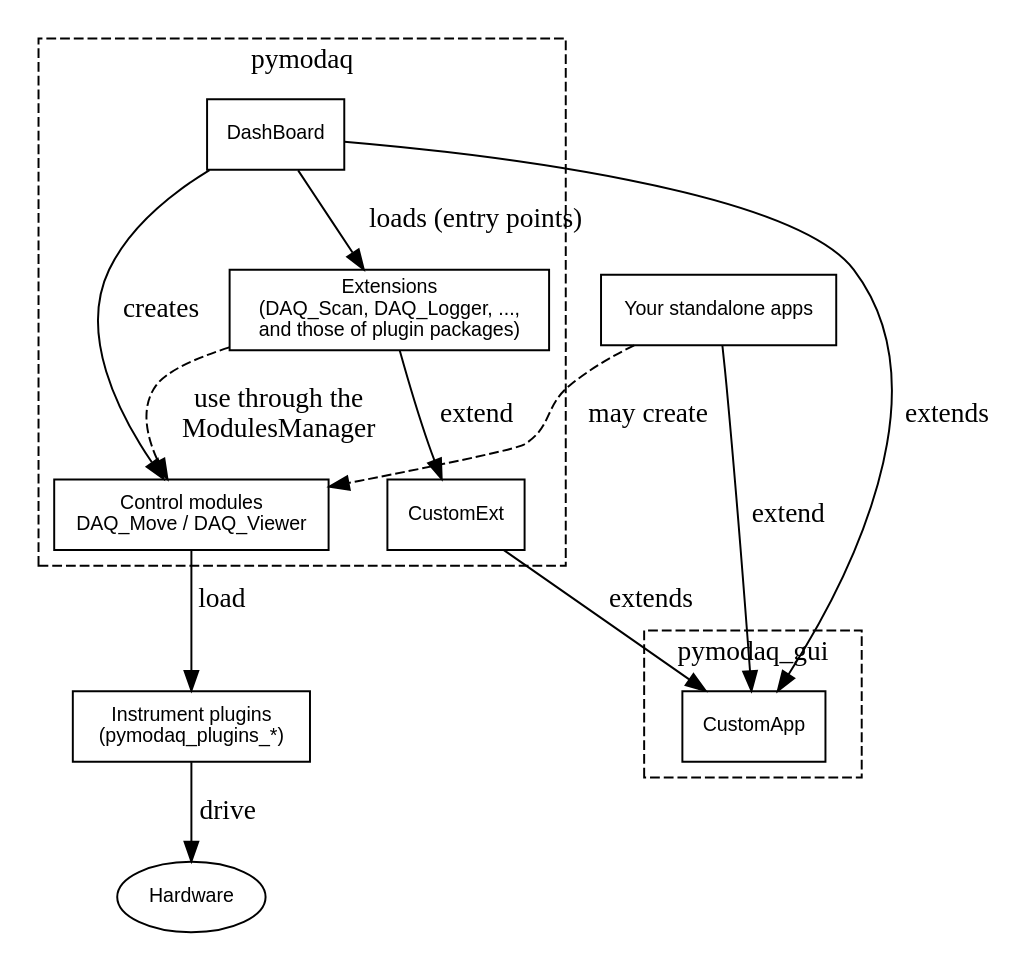
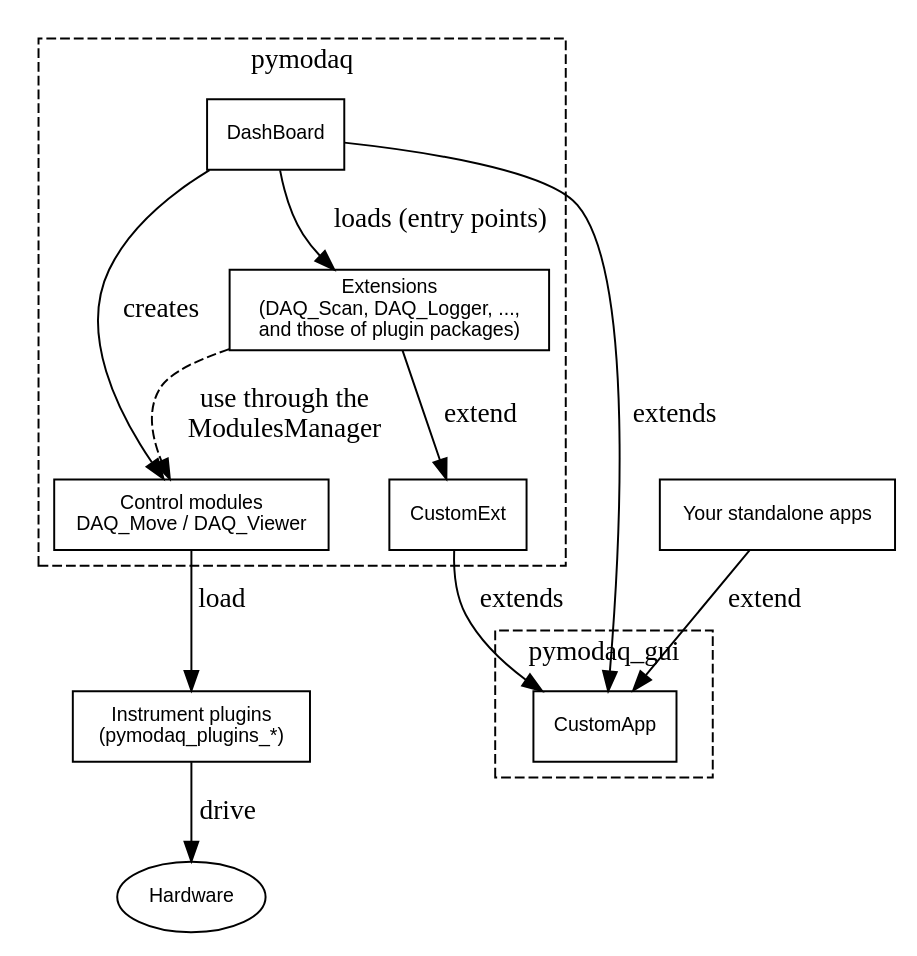
Before and after one commit to PyMoDAQ/PyMoDAQ: the first of 6 diagrams in docs/src/developer_folder/custom_app.rst, drawn with Graphviz. The commit also changed other lines of this file and 1 other file, not shown here.

```diff
--- a/docs/src/developer_folder/custom_app.rst
+++ b/docs/src/developer_folder/custom_app.rst
@@ -64,20 +60,19 @@
 .. graphviz::
    :caption: Where CustomApp and CustomExt sit among PyMoDAQ's objects
 
    digraph context {
      rankdir=TB; node [shape=box, fontname="Helvetica", fontsize=10]; compound=true;
      subgraph cluster_gui { label="pymodaq_gui"; style=dashed; CustomApp [label="CustomApp"]; }
      subgraph cluster_pymodaq { label="pymodaq"; style=dashed;
        CustomExt [label="CustomExt"]; DashBoard [label="DashBoard"];
        ext [label="Extensions\n(DAQ_Scan, DAQ_Logger, ...,\nand those of plugin packages)"];
        cm [label="Control modules\nDAQ_Move / DAQ_Viewer"];
      }
      plugins [label="Instrument plugins\n(pymodaq_plugins_*)"]; hw [label="Hardware", shape=ellipse];
      apps [label="Your standalone apps"];
      CustomExt -> CustomApp [label="extends"]; DashBoard -> CustomApp [label="extends"];
      ext -> CustomExt [label="extend"]; apps -> CustomApp [label="extend"];
      DashBoard -> cm [label="creates"]; DashBoard -> ext [label="loads (entry points)"];
      ext -> cm [label="use through the\nModulesManager", style=dashed];
-     apps -> cm [label="may create", style=dashed];
      cm -> plugins [label="load"]; plugins -> hw [label="drive"];
    }
```
